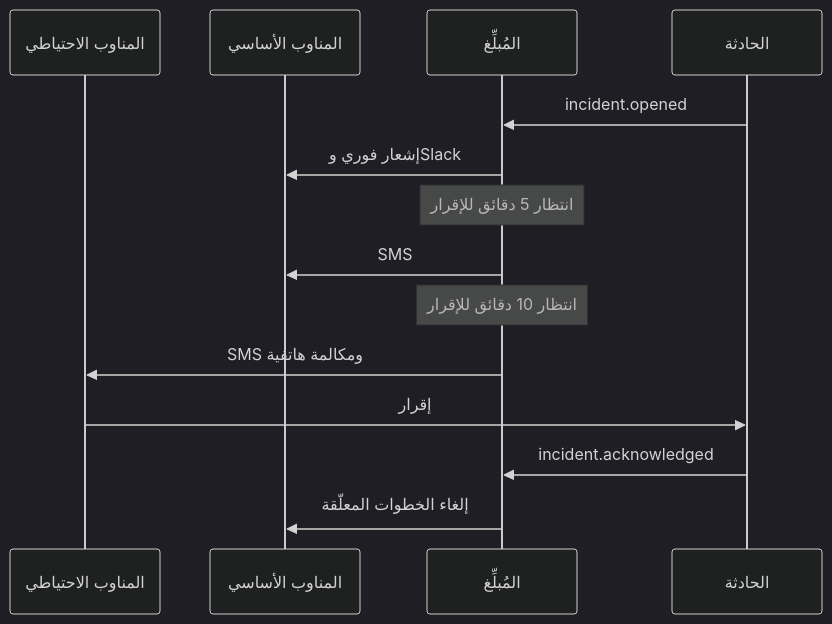
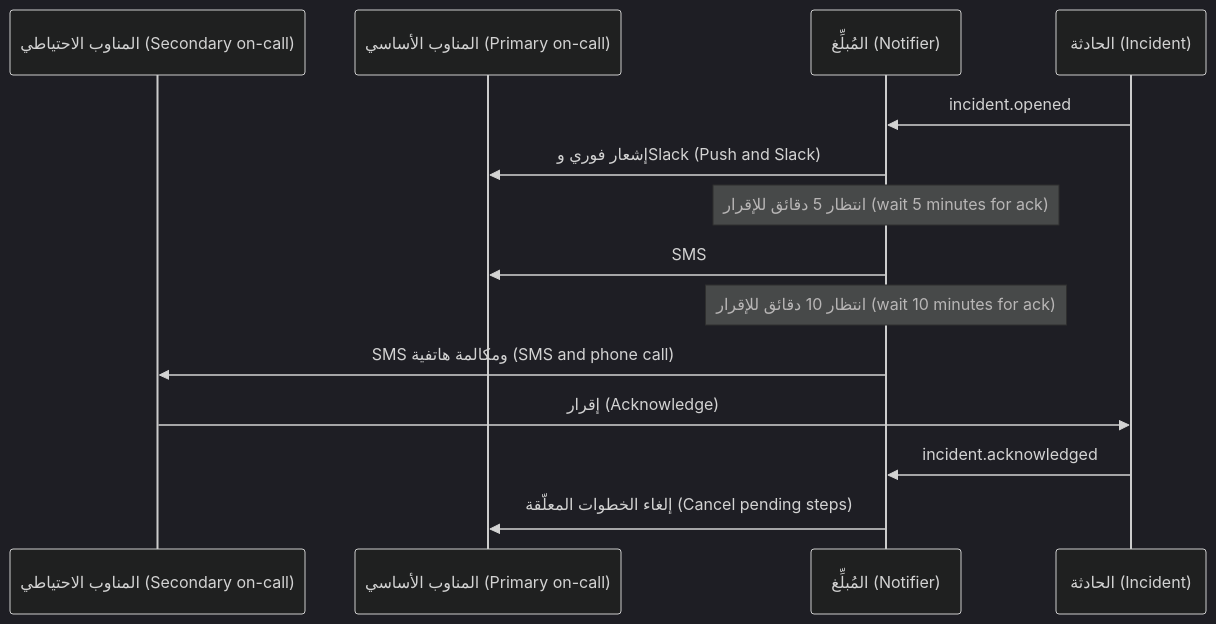
One commit to Tamoura/system-design-for-vibe-coders changed the fourth of 6 diagrams in saas/modules/04-communication.ar.md. Above: the diagram before and after it, drawn with Mermaid (dark theme). The commit also changed other lines of this file and 62 other files, not shown here.

First line of the commit message:
Arabic editions: English on every diagram label, RTL fixes, rebuild

````diff
--- a/saas/modules/04-communication.ar.md
+++ b/saas/modules/04-communication.ar.md
@@ -412,16 +412,16 @@
 ```mermaid
 sequenceDiagram
-    participant B as المناوب الاحتياطي
-    participant A as المناوب الأساسي
-    participant N as المُبلِّغ
-    participant I as الحادثة
+    participant B as المناوب الاحتياطي (Secondary on-call)
+    participant A as المناوب الأساسي (Primary on-call)
+    participant N as المُبلِّغ (Notifier)
+    participant I as الحادثة (Incident)
     I->>N: incident.opened
-    N->>A: إشعار فوري وSlack
-    Note over N: انتظار 5 دقائق للإقرار
+    N->>A: إشعار فوري وSlack (Push and Slack)
+    Note over N: انتظار 5 دقائق للإقرار (wait 5 minutes for ack)
     N->>A: SMS
-    Note over N: انتظار 10 دقائق للإقرار
-    N->>B: SMS ومكالمة هاتفية
-    B->>I: إقرار
+    Note over N: انتظار 10 دقائق للإقرار (wait 10 minutes for ack)
+    N->>B: SMS ومكالمة هاتفية (SMS and phone call)
+    B->>I: إقرار (Acknowledge)
     I->>N: incident.acknowledged
-    N->>A: إلغاء الخطوات المعلّقة
+    N->>A: إلغاء الخطوات المعلّقة (Cancel pending steps)
 ```
````
